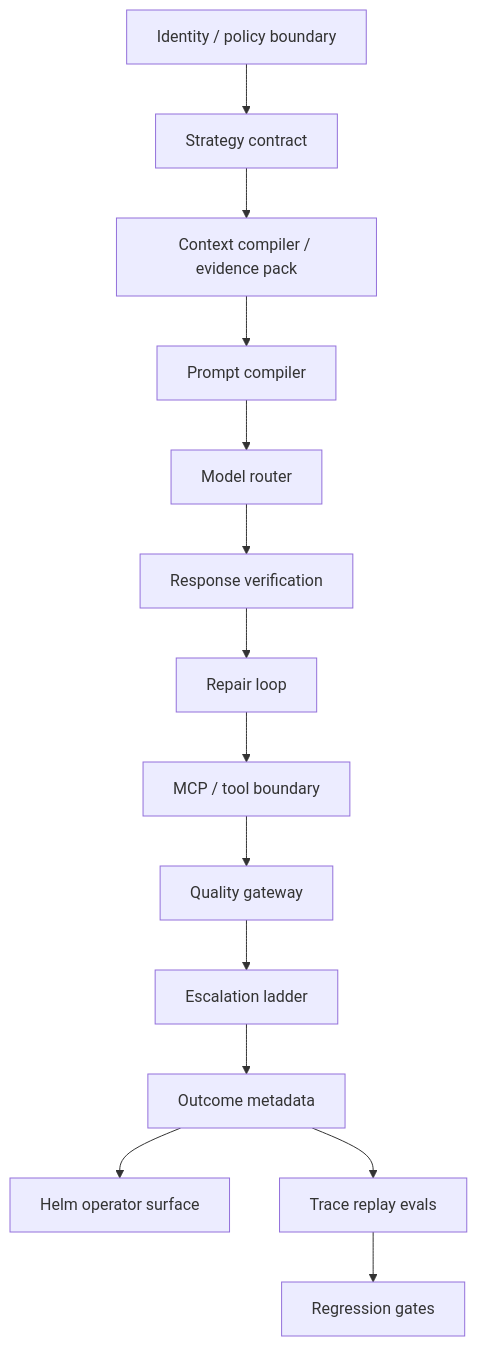
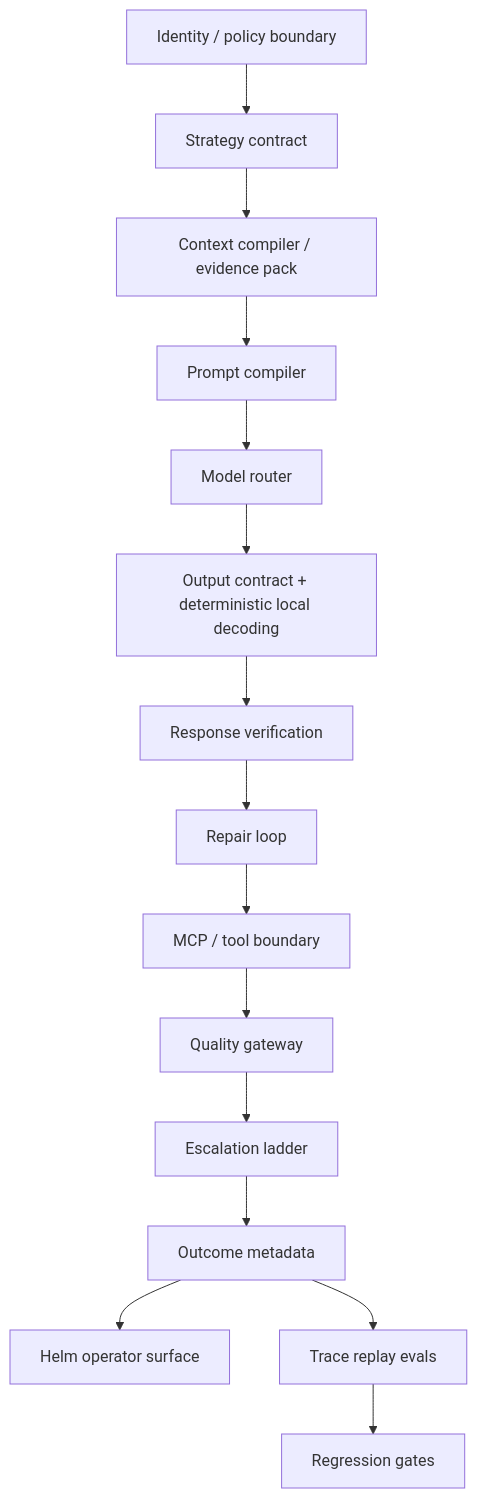
Before and after one commit to kphaas/jarvis-alpha: the first of 2 diagrams in docs/audit/AT0_CHAT_QUALITY_ARCHITECTURE_GAP_LEDGER_2026-07-09.md, drawn with Mermaid. The commit also changed other lines of this file and 17 other files, not shown here.

Commit message:
feat(chat): add deterministic local decoding (#701)

````diff
--- a/docs/audit/AT0_CHAT_QUALITY_ARCHITECTURE_GAP_LEDGER_2026-07-09.md
+++ b/docs/audit/AT0_CHAT_QUALITY_ARCHITECTURE_GAP_LEDGER_2026-07-09.md
@@ -11,16 +11,17 @@
 ```mermaid
 flowchart TD
     I["Identity / policy boundary"] --> S["Strategy contract"]
     S --> C["Context compiler / evidence pack"]
     C --> P["Prompt compiler"]
     P --> R["Model router"]
-    R --> V["Response verification"]
+    R --> LD["Output contract + deterministic local decoding"]
+    LD --> V["Response verification"]
     V --> RL["Repair loop"]
     RL --> TB["MCP / tool boundary"]
     TB --> Q["Quality gateway"]
     Q --> E["Escalation ladder"]
     E --> O["Outcome metadata"]
     O --> H["Helm operator surface"]
     O --> T["Trace replay evals"]
     T --> G["Regression gates"]
 ```
````
